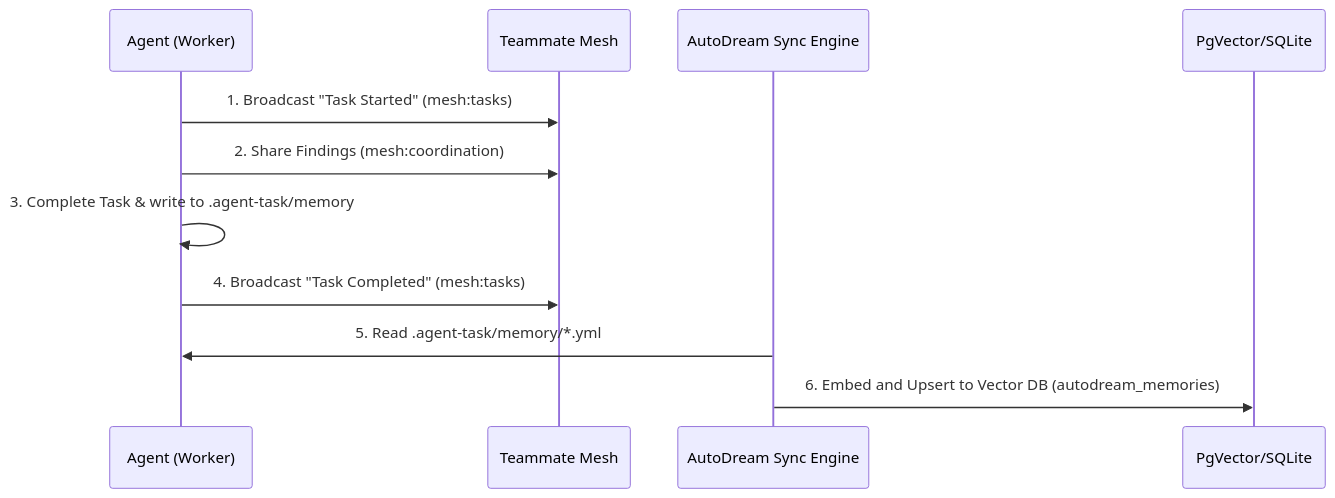
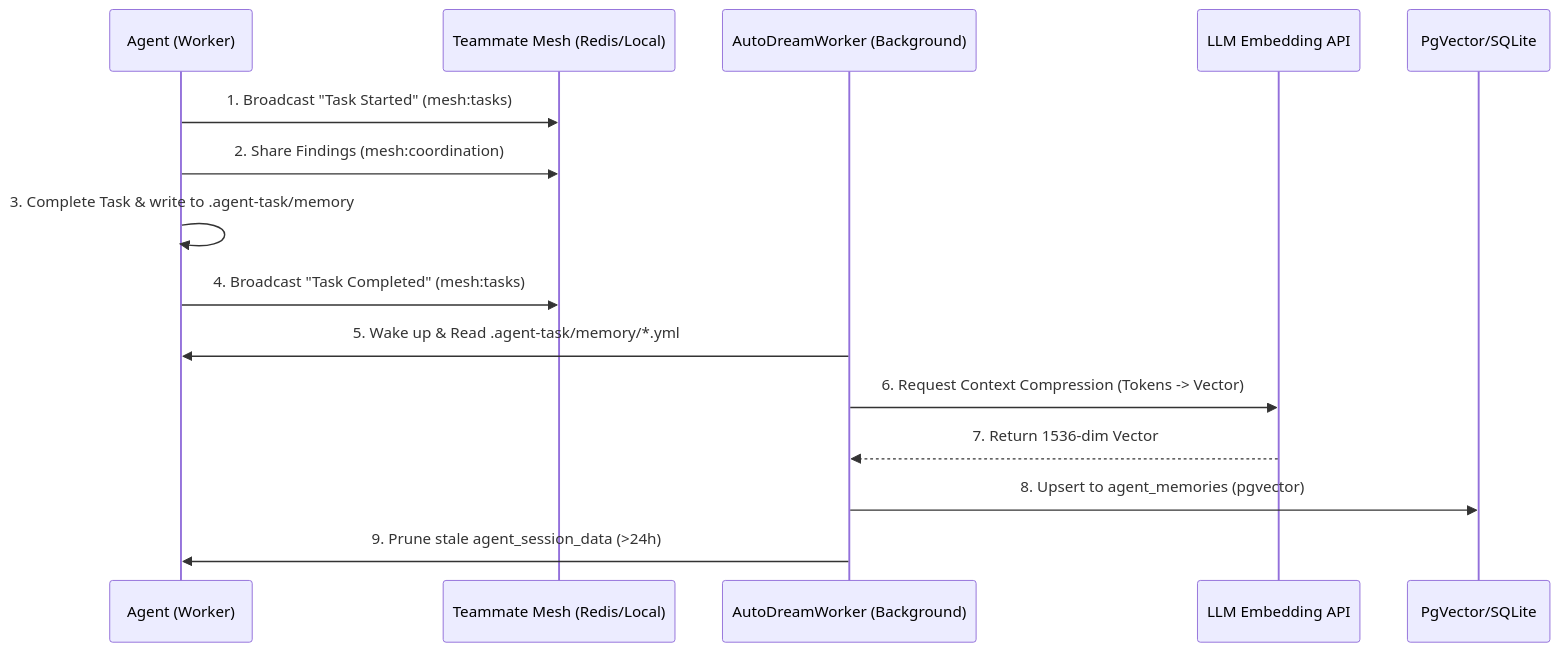
The fourth of 4 diagrams in docs/walkthroughs/help_portal.md (omnisolo-llc/onehumancorp), drawn with Mermaid before and after one commit. The commit also changed other lines of this file and 3 other files, not shown here.

````diff
--- a/docs/walkthroughs/help_portal.md
+++ b/docs/walkthroughs/help_portal.md
@@ -77,14 +77,18 @@
 ```mermaid
 sequenceDiagram
     participant Worker as Agent (Worker)
-    participant Mesh as Teammate Mesh
-    participant AutoDream as AutoDream Sync Engine
+    participant Mesh as Teammate Mesh (Redis/Local)
+    participant AutoDream as AutoDreamWorker (Background)
+    participant Embed as LLM Embedding API
     participant DB as PgVector/SQLite
 
     Worker->>Mesh: 1. Broadcast "Task Started" (mesh:tasks)
     Worker->>Mesh: 2. Share Findings (mesh:coordination)
     Worker->>Worker: 3. Complete Task & write to .agent-task/memory
     Worker->>Mesh: 4. Broadcast "Task Completed" (mesh:tasks)
-    AutoDream->>Worker: 5. Read .agent-task/memory/*.yml
-    AutoDream->>DB: 6. Embed and Upsert to Vector DB (autodream_memories)
+    AutoDream->>Worker: 5. Wake up & Read .agent-task/memory/*.yml
+    AutoDream->>Embed: 6. Request Context Compression (Tokens -> Vector)
+    Embed-->>AutoDream: 7. Return 1536-dim Vector
+    AutoDream->>DB: 8. Upsert to agent_memories (pgvector)
+    AutoDream->>Worker: 9. Prune stale agent_session_data (>24h)
 ```
````
